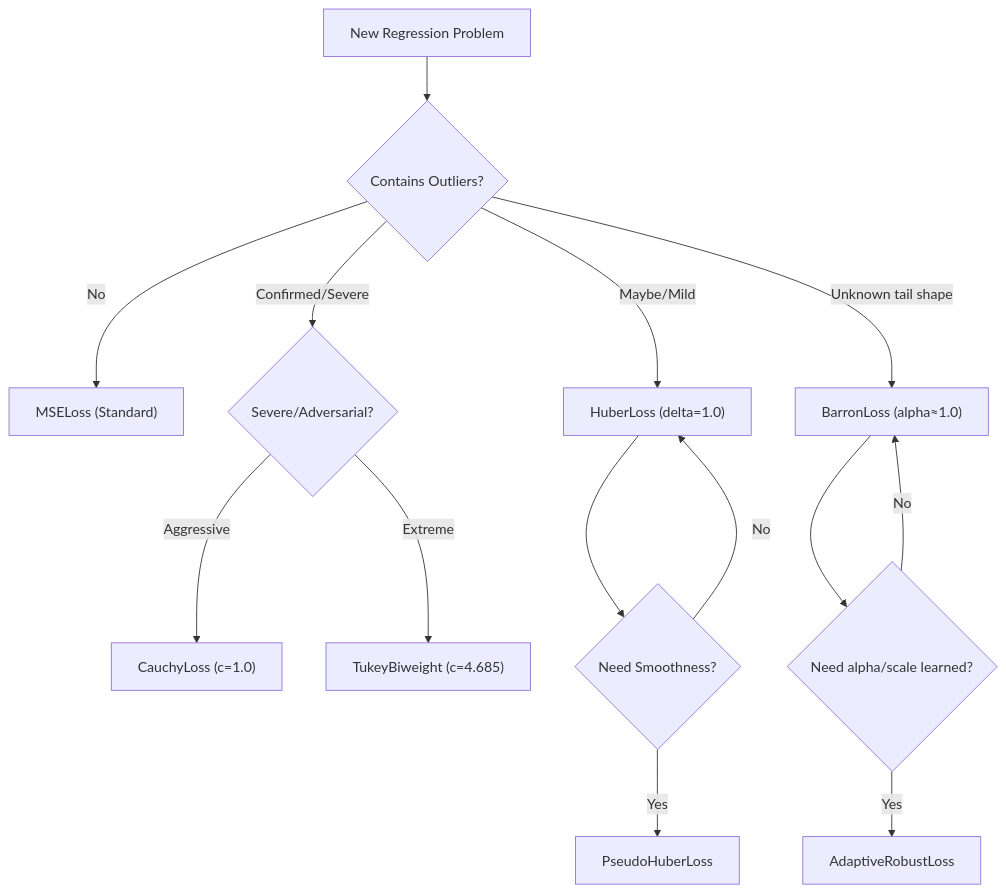
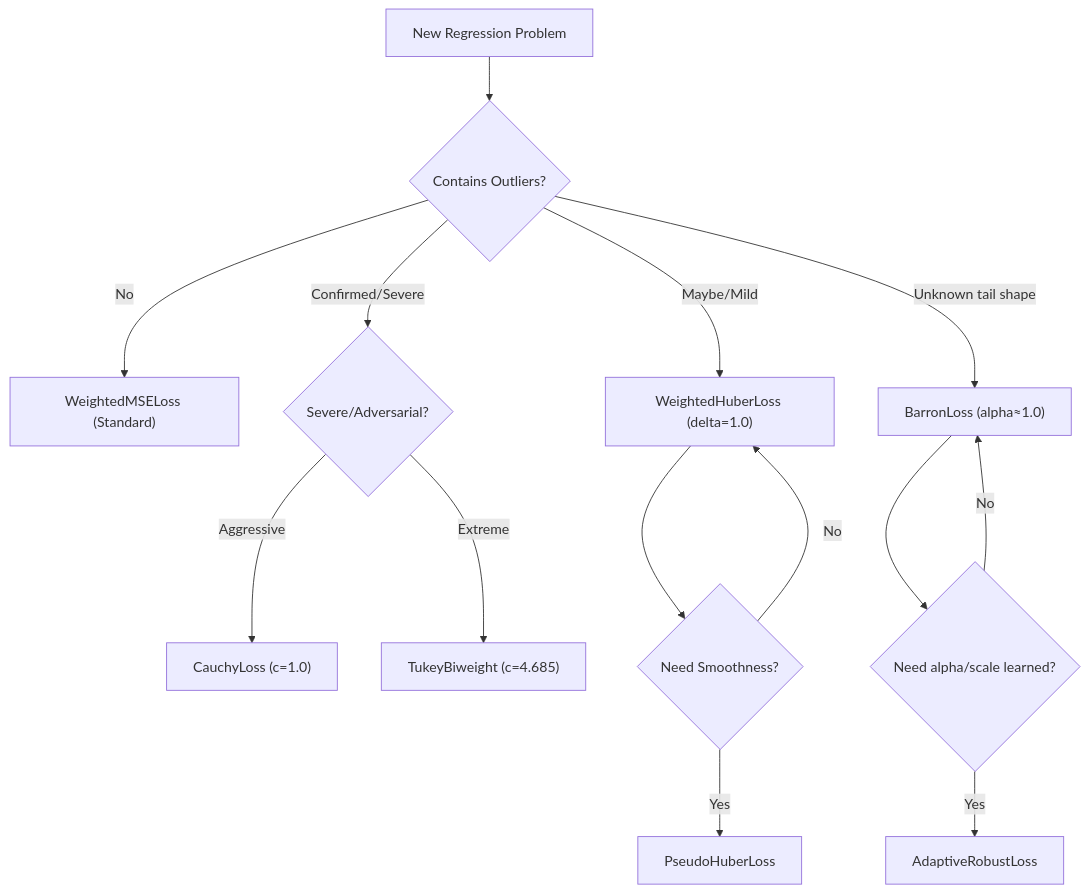
The diagram in docs/losses/robust.md (astroai/torchregress), drawn with Mermaid before and after one commit. The commit also changed other lines of this file and 63 other files, not shown here.

Commit message:
refactor: clean up legacy compatibility wrappers, add external comparison examples, and exclude research roadmaps from guardrail checks

````diff
--- a/docs/losses/robust.md
+++ b/docs/losses/robust.md
@@ -119,17 +119,17 @@
 ```mermaid
 graph TD
     Start["New Regression Problem"] --> Outliers{"Contains Outliers?"}
-    Outliers -->|No| MSE["MSELoss (Standard)"]
-    Outliers -->|Maybe/Mild| Huber["HuberLoss (delta=1.0)"]
+    Outliers -->|No| MSE["WeightedMSELoss (Standard)"]
+    Outliers -->|Maybe/Mild| Huber["WeightedHuberLoss (delta=1.0)"]
     Outliers -->|Unknown tail shape| Barron["BarronLoss (alpha≈1.0)"]
     Outliers -->|Confirmed/Severe| Redescending{"Severe/Adversarial?"}
     Redescending -->|Aggressive| Cauchy["CauchyLoss (c=1.0)"]
     Redescending -->|Extreme| Tukey["TukeyBiweight (c=4.685)"]
     Barron --> Adaptive{"Need alpha/scale learned?"}
     Adaptive -->|Yes| ABarron["AdaptiveRobustLoss"]
     Adaptive -->|No| Barron
 
     Huber --> Smooth{"Need Smoothness?"}
     Smooth -->|Yes| PHuber["PseudoHuberLoss"]
     Smooth -->|No| Huber
 ```
````
